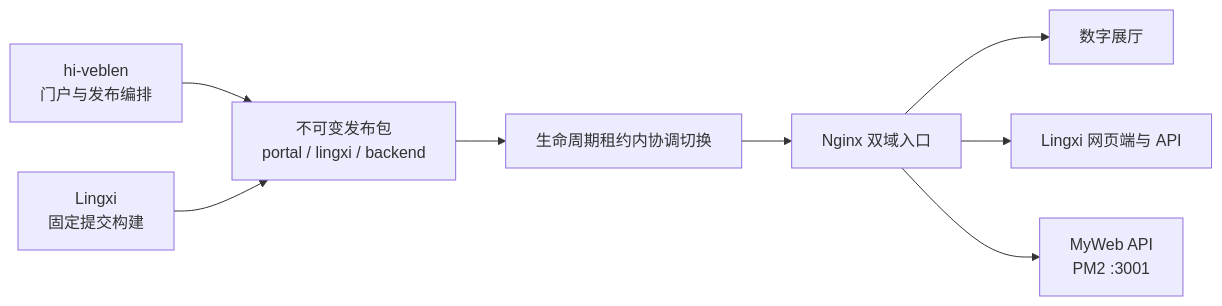
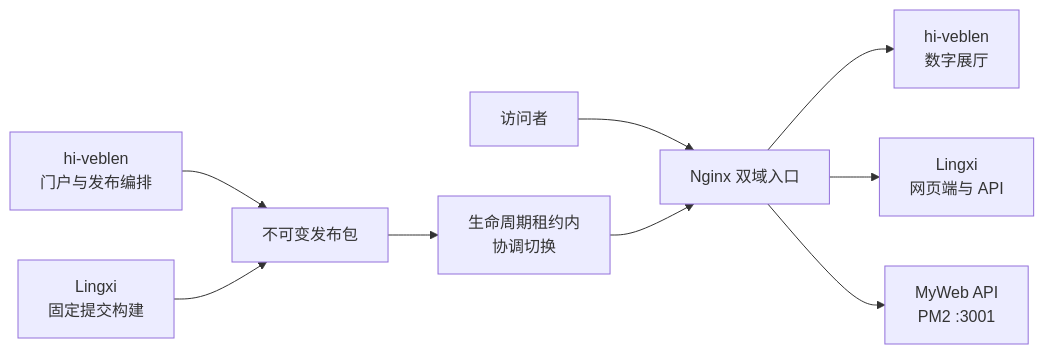
The diagram in README.md (Timking123/hi-veblen), drawn with Mermaid before and after one commit. The commit also changed other lines of this file and 3 other files, not shown here.

````diff
--- a/README.md
+++ b/README.md
@@ -43,18 +48,12 @@
 ```mermaid
 flowchart LR
-  P["hi-veblen<br/>门户与发布编排"]
-  L["Lingxi<br/>固定提交构建"]
-  A["不可变发布包<br/>portal / lingxi / backend"]
-  S["生命周期租约内协调切换"]
-  N["Nginx 双域入口"]
-  W["数字展厅"]
-  X["Lingxi 网页端与 API"]
-  B["MyWeb API<br/>PM2 :3001"]
+  U["访问者"] --> N["Nginx 双域入口"]
+  N --> W["hi-veblen<br/>数字展厅"]
+  N --> X["Lingxi<br/>网页端与 API"]
+  N --> B["MyWeb API<br/>PM2 :3001"]
 
-  P --> A
-  L --> A
-  A --> S --> N
-  N --> W
-  N --> X
-  N --> B
+  P["hi-veblen<br/>门户与发布编排"] --> R["不可变发布包"]
+  L["Lingxi<br/>固定提交构建"] --> R
+  R --> S["生命周期租约内<br/>协调切换"]
+  S --> N
 ```
````
